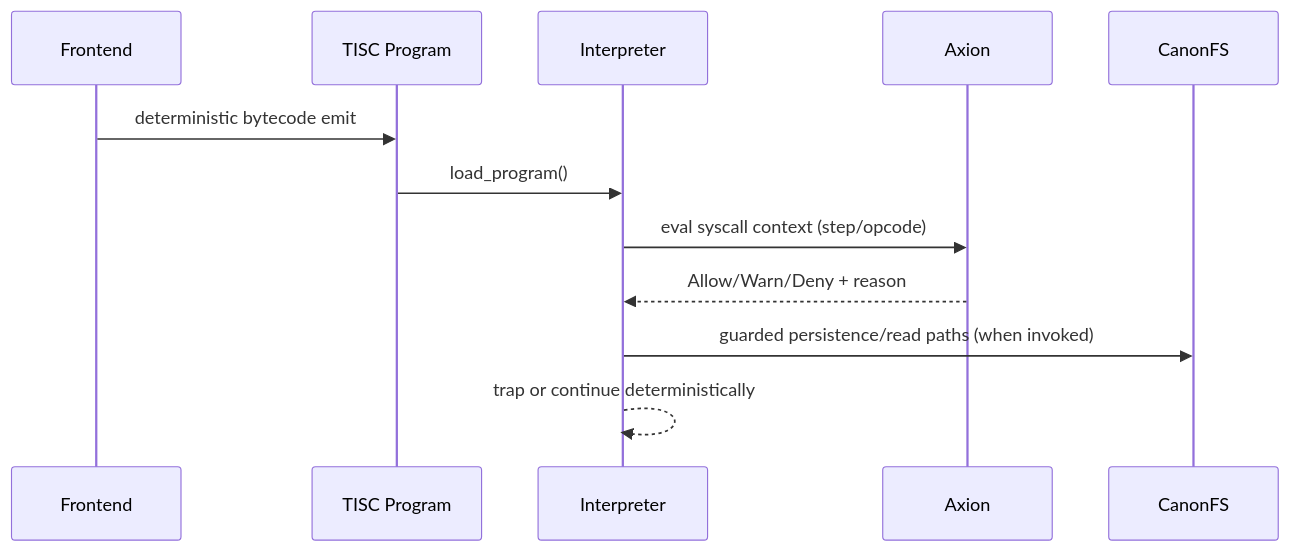
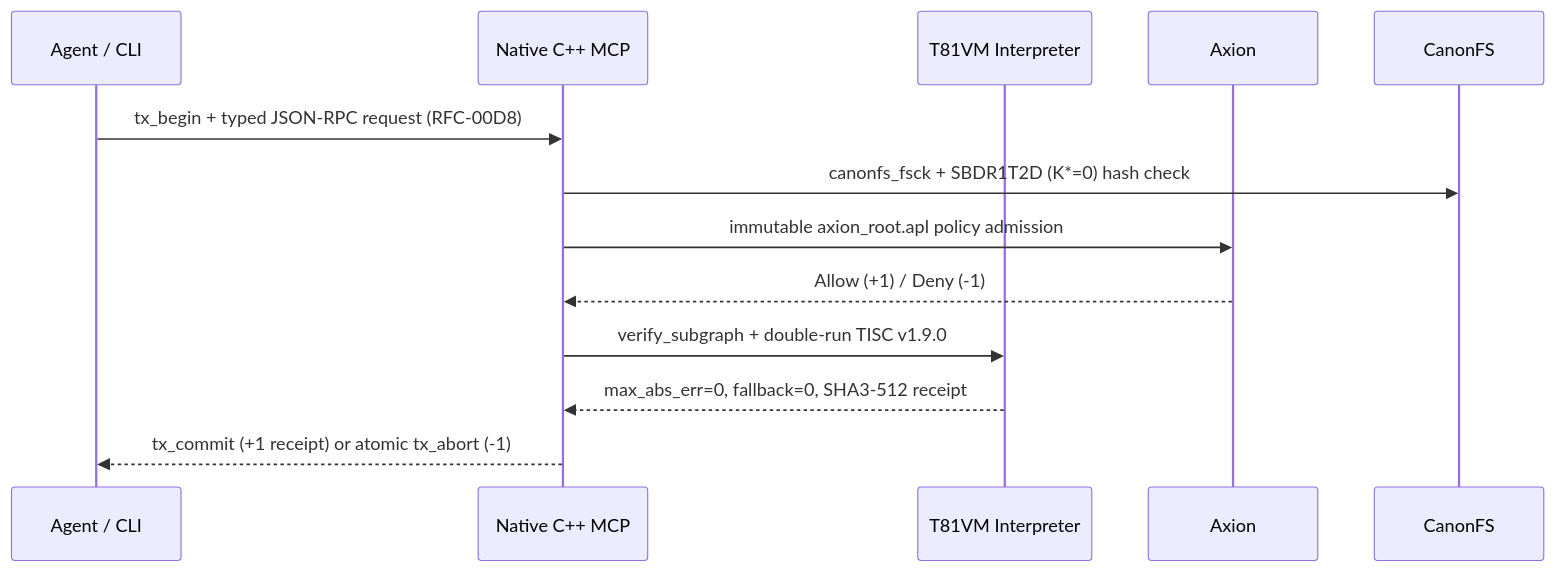
Before and after one commit to t81dev/t81-foundation: the second of 2 diagrams in docs/architecture/OVERVIEW.md, drawn with Mermaid. The commit also changed other lines of this file and 1 other file, not shown here.

Commit message:
docs(architecture): update README and OVERVIEW to reflect v2.2.0 coexistence runtime, MCP control plane, and bounded claims

````diff
--- a/docs/architecture/OVERVIEW.md
+++ b/docs/architecture/OVERVIEW.md
@@ -63,15 +77,16 @@
 ```mermaid
 sequenceDiagram
-    participant FE as Frontend
-    participant ISA as TISC Program
-    participant VM as Interpreter
+    participant AG as Agent / CLI
+    participant MCP as Native C++ MCP
+    participant VM as T81VM Interpreter
     participant AX as Axion
     participant FS as CanonFS
 
-    FE->>ISA: deterministic bytecode emit
-    ISA->>VM: load_program()
-    VM->>AX: eval syscall context (step/opcode)
-    AX-->>VM: Allow/Warn/Deny + reason
-    VM->>FS: guarded persistence/read paths (when invoked)
-    VM-->>VM: trap or continue deterministically
+    AG->>MCP: tx_begin + typed JSON-RPC request (RFC-00D8)
+    MCP->>FS: canonfs_fsck + SBDR1T2D (K*=0) hash check
+    MCP->>AX: immutable axion_root.apl policy admission
+    AX-->>MCP: Allow (+1) / Deny (-1)
+    MCP->>VM: verify_subgraph + double-run TISC v1.9.0
+    VM-->>MCP: max_abs_err=0, fallback=0, SHA3-512 receipt
+    MCP-->>AG: tx_commit (+1 receipt) or atomic tx_abort (-1)
 ```
````
